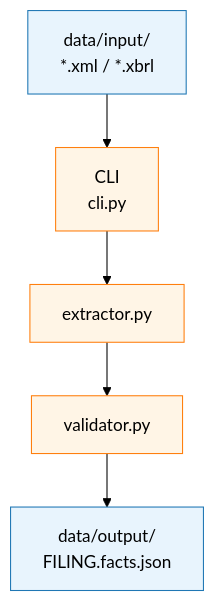
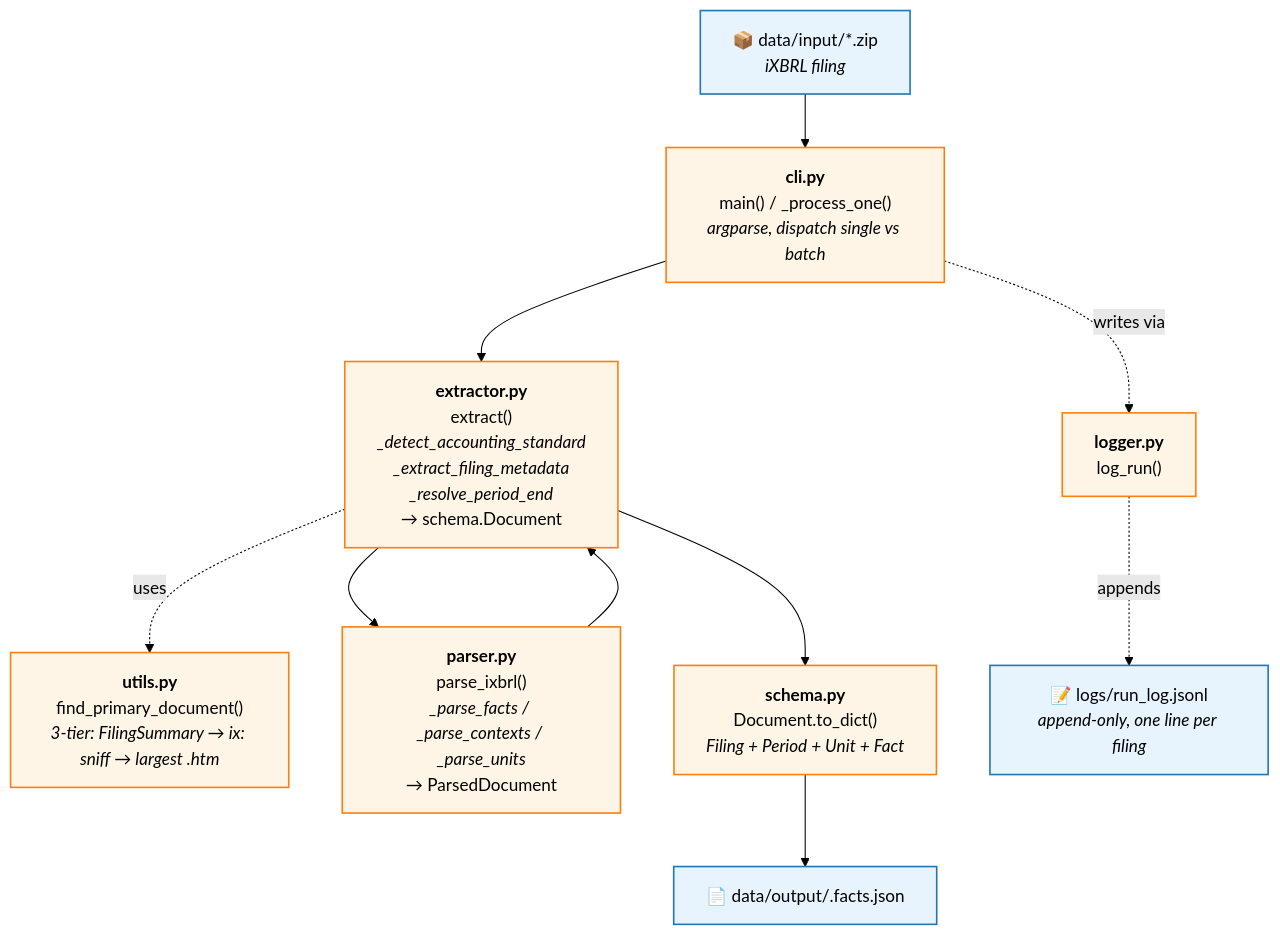
The diagram in README.md (AugustinHourquet/xbrl-extraction), drawn with Mermaid (forest theme) before and after one commit. The commit also changed other lines of this file and 23 other files, not shown here.

Commit message:
v1.0.0: iXBRL zip → structured JSON. Facts with dimensions, dei-derived metadata, idempotent CLI, JSONL run log.

````diff
--- a/README.md
+++ b/README.md
@@ -93,14 +168,35 @@
 ```mermaid
 flowchart TB
-    INPUT["data/input/\n*.xml / *.xbrl"]
-    --> CLI["CLI\ncli.py"]
-    --> Extractor["extractor.py"]
-    --> Validator["validator.py"]
-    --> OUTPUT["data/output/\nFILING.facts.json"]
+    INPUT["📦 data/input/*.zip<br/><i>iXBRL filing</i>"]
 
-    classDef io fill:#e8f4fd,stroke:#1f77b4,stroke-width:1px,color:#000
-    classDef code fill:#fff5e6,stroke:#ff7f0e,stroke-width:1px,color:#000
+    CLI["<b>cli.py</b><br/>main() / _process_one()<br/><i>argparse, dispatch single vs batch</i>"]
 
-    class INPUT,OUTPUT io
-    class CLI,Extractor,Validator code
+    UTILS["<b>utils.py</b><br/>find_primary_document()<br/><i>3-tier: FilingSummary → ix: sniff → largest .htm</i>"]
+
+    PARSER["<b>parser.py</b><br/>parse_ixbrl()<br/><i>_parse_facts / _parse_contexts / _parse_units</i><br/>→ ParsedDocument"]
+
+    EXTRACTOR["<b>extractor.py</b><br/>extract()<br/><i>_detect_accounting_standard<br/>_extract_filing_metadata<br/>_resolve_period_end</i><br/>→ schema.Document"]
+
+    SCHEMA["<b>schema.py</b><br/>Document.to_dict()<br/><i>Filing + Period + Unit + Fact</i>"]
+
+    OUTPUT["📄 data/output/<basename>.facts.json"]
+
+    LOGGER["<b>logger.py</b><br/>log_run()"]
+    RUNLOG["📝 logs/run_log.jsonl<br/><i>append-only, one line per filing</i>"]
+
+    INPUT --> CLI
+    CLI --> EXTRACTOR
+    EXTRACTOR -.uses.-> UTILS
+    EXTRACTOR --> PARSER
+    PARSER --> EXTRACTOR
+    EXTRACTOR --> SCHEMA
+    SCHEMA --> OUTPUT
+    CLI -.writes via.-> LOGGER
+    LOGGER -.appends.-> RUNLOG
+
+    classDef io fill:#e8f4fd,stroke:#1f77b4,stroke-width:1.5px,color:#000
+    classDef code fill:#fff5e6,stroke:#ff7f0e,stroke-width:1.5px,color:#000
+
+    class INPUT,OUTPUT,RUNLOG io
+    class CLI,UTILS,PARSER,EXTRACTOR,SCHEMA,LOGGER code
 ```
````
